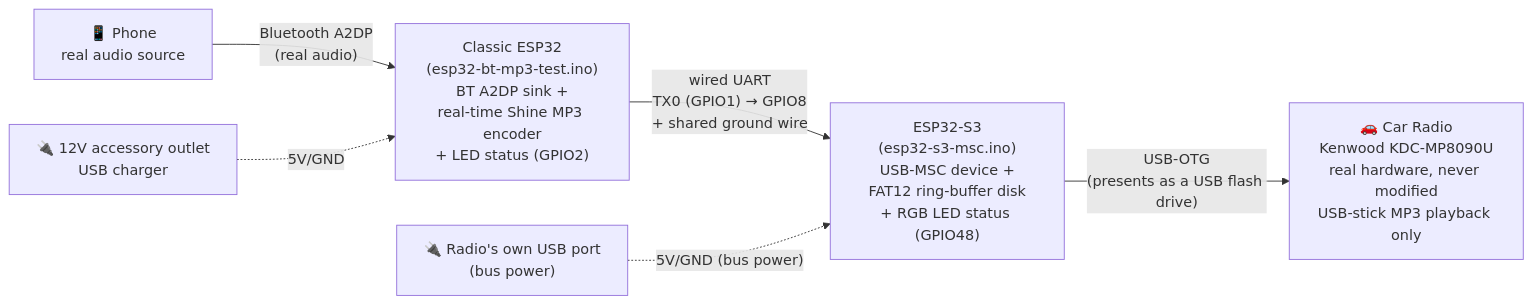
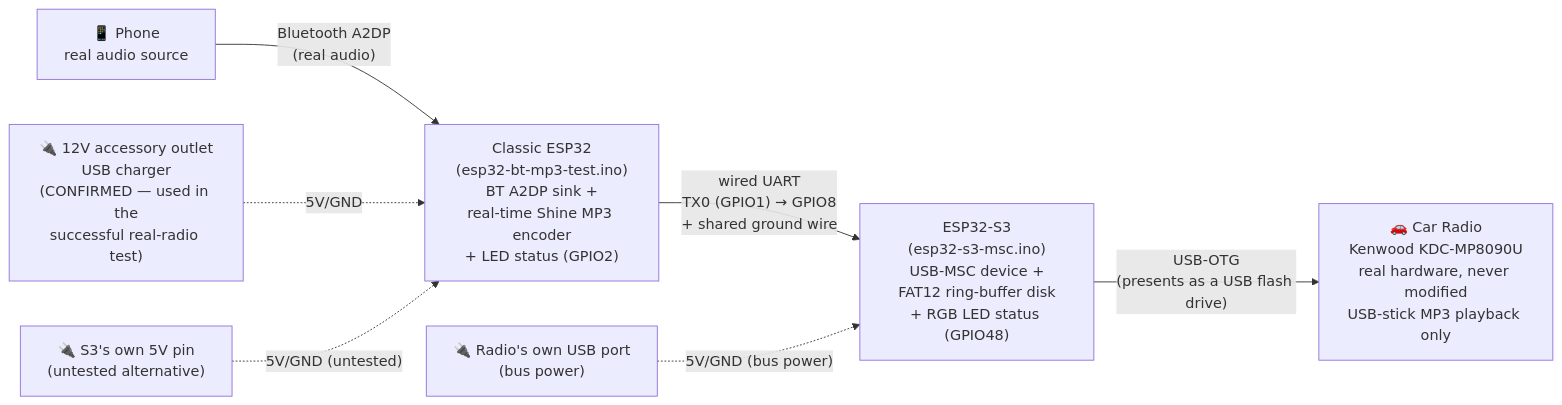
The first of 3 diagrams in ARCHITECTURE.md (Silenttttttt/esp32-bt-usb-mp3-dongle), drawn with Mermaid before and after one commit.

Commit message:
Show both classic-ESP32 power wiring options in the architecture diagram
The diagram only showed the 12V-charger path, making the S3-5V-pin
alternative look like an afterthought buried in prose below. Added it as a
second node directly in the diagram, clearly marked untested vs. the
12V-charger path's CONFIRMED label, so both real wiring options are visible
at a glance.

````diff
--- a/ARCHITECTURE.md
+++ b/ARCHITECTURE.md
@@ -16,15 +16,17 @@
 ```mermaid
 graph LR
     Phone["📱 Phone<br/>real audio source"]
     Classic["Classic ESP32<br/>(esp32-bt-mp3-test.ino)<br/>BT A2DP sink +<br/>real-time Shine MP3 encoder<br/>+ LED status (GPIO2)"]
     S3["ESP32-S3<br/>(esp32-s3-msc.ino)<br/>USB-MSC device +<br/>FAT12 ring-buffer disk<br/>+ RGB LED status (GPIO48)"]
     Radio["🚗 Car Radio<br/>Kenwood KDC-MP8090U<br/>real hardware, never modified<br/>USB-stick MP3 playback only"]
-    PowerA["🔌 12V accessory outlet<br/>USB charger"]
+    PowerA["🔌 12V accessory outlet<br/>USB charger<br/>(CONFIRMED — used in the<br/>successful real-radio test)"]
+    PowerC["🔌 S3's own 5V pin<br/>(untested alternative)"]
     PowerB["🔌 Radio's own USB port<br/>(bus power)"]
 
     Phone -- "Bluetooth A2DP<br/>(real audio)" --> Classic
     Classic -- "wired UART<br/>TX0 (GPIO1) → GPIO8<br/>+ shared ground wire" --> S3
     S3 -- "USB-OTG<br/>(presents as a USB flash drive)" --> Radio
     PowerA -. "5V/GND" .-> Classic
+    PowerC -. "5V/GND (untested)" .-> Classic
     PowerB -. "5V/GND (bus power)" .-> S3
 ```
````
